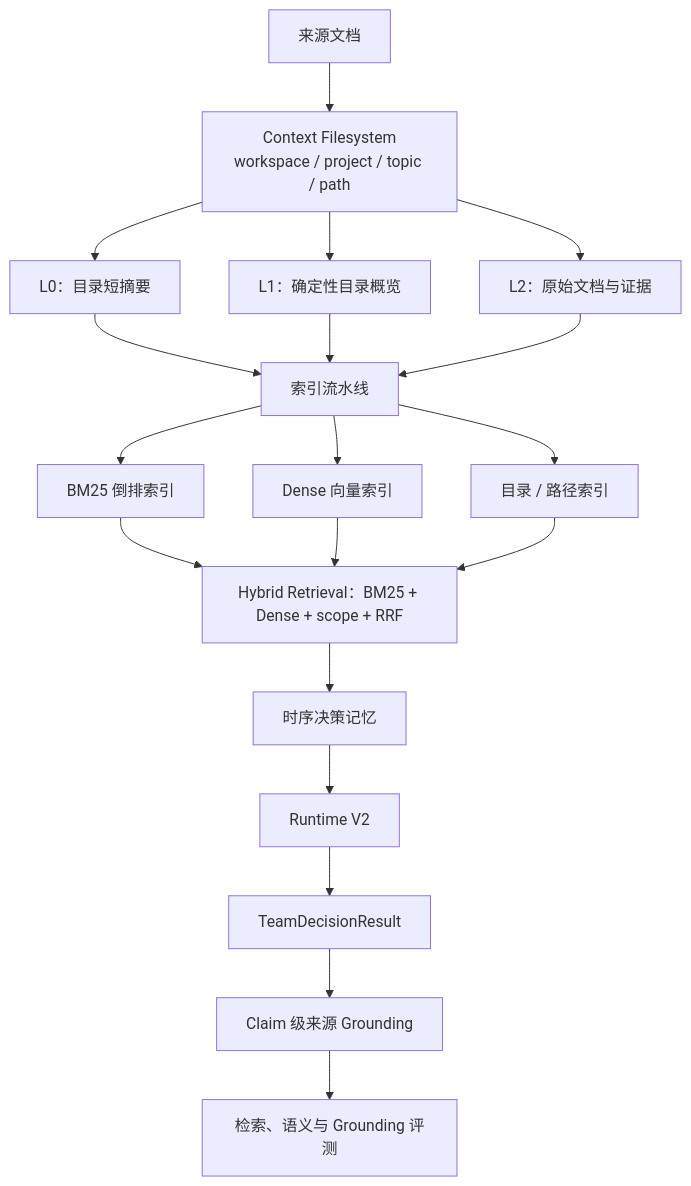
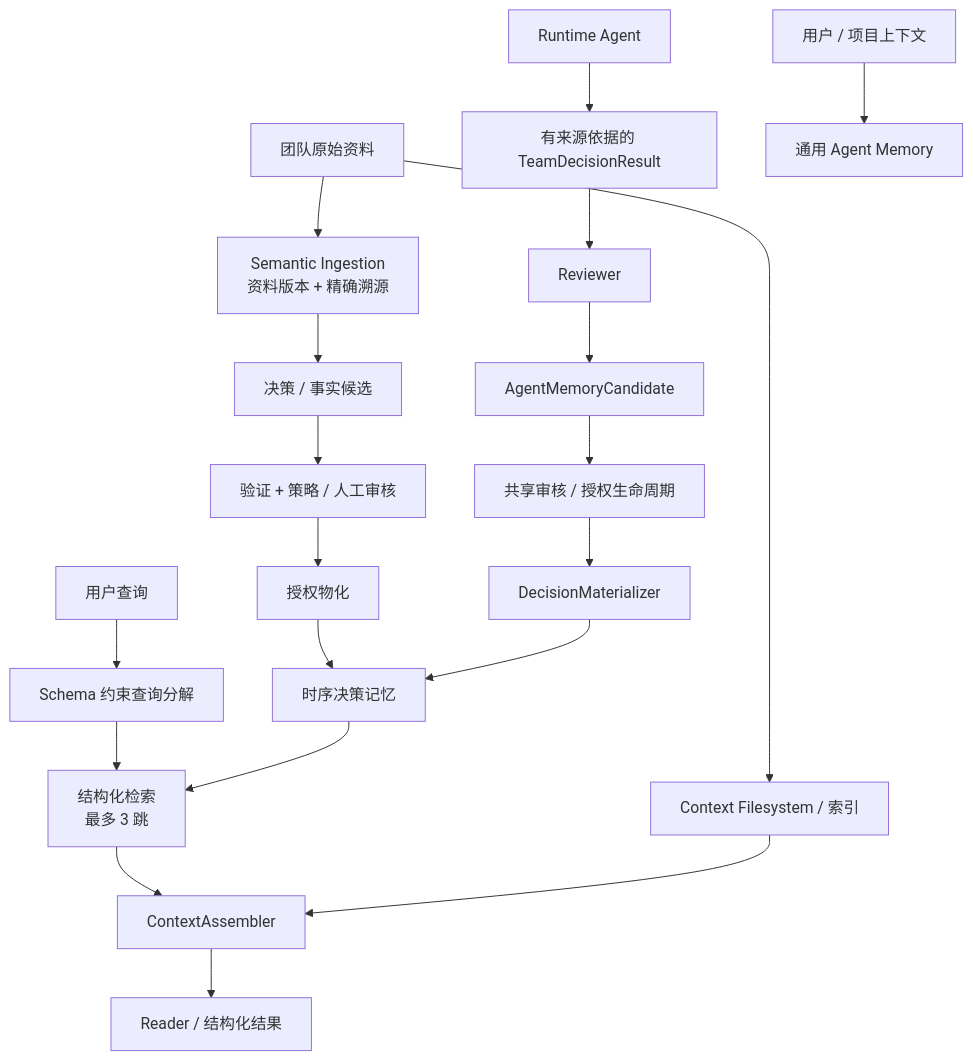
Before and after one commit to yefuyou/linkloom: the diagram in README.zh-CN.md, drawn with Mermaid. The commit also changed other lines of this file and 9 other files, not shown here.

Commit message:
docs: finalize LinkLoom V1 contract and roadmap

````diff
--- a/README.zh-CN.md
+++ b/README.zh-CN.md
@@ -48,21 +57,22 @@
 ```mermaid
 flowchart TD
-    S[来源文档] --> FS[Context Filesystem<br/>workspace / project / topic / path]
-    FS --> L0[L0：目录短摘要]
-    FS --> L1[L1：确定性目录概览]
-    FS --> L2[L2：原始文档与证据]
-    L0 --> IDX[索引流水线]
-    L1 --> IDX
-    L2 --> IDX
-    IDX --> B[BM25 倒排索引]
-    IDX --> V[Dense 向量索引]
-    IDX --> D[目录 / 路径索引]
-    B --> H[Hybrid Retrieval：BM25 + Dense + scope + RRF]
-    V --> H
-    D --> H
-    H --> M[时序决策记忆]
-    M --> R[Runtime V2]
-    R --> T[TeamDecisionResult]
-    T --> G[Claim 级来源 Grounding]
-    G --> E[检索、语义与 Grounding 评测]
+    A[团队原始资料] --> SI[Semantic Ingestion<br/>资料版本 + 精确溯源]
+    SI --> C[决策 / 事实候选]
+    C --> P[验证 + 策略 / 人工审核]
+    P --> W[授权物化]
+    W --> M[时序决策记忆]
+    RA[Runtime Agent] --> TD[有来源依据的 TeamDecisionResult]
+    TD --> REV[Reviewer]
+    REV --> MC[AgentMemoryCandidate]
+    MC --> AUTH[共享审核 / 授权生命周期]
+    AUTH --> MAT[DecisionMaterializer]
+    MAT --> M
+    GC[用户 / 项目上下文] --> GM[通用 Agent Memory]
+    Q[用户查询] --> D[Schema 约束查询分解]
+    D --> R[结构化检索<br/>最多 3 跳]
+    M --> R
+    R --> CA[ContextAssembler]
+    CA --> RE[Reader / 结构化结果]
+    A --> FS[Context Filesystem / 索引]
+    FS --> CA
 ```
````
